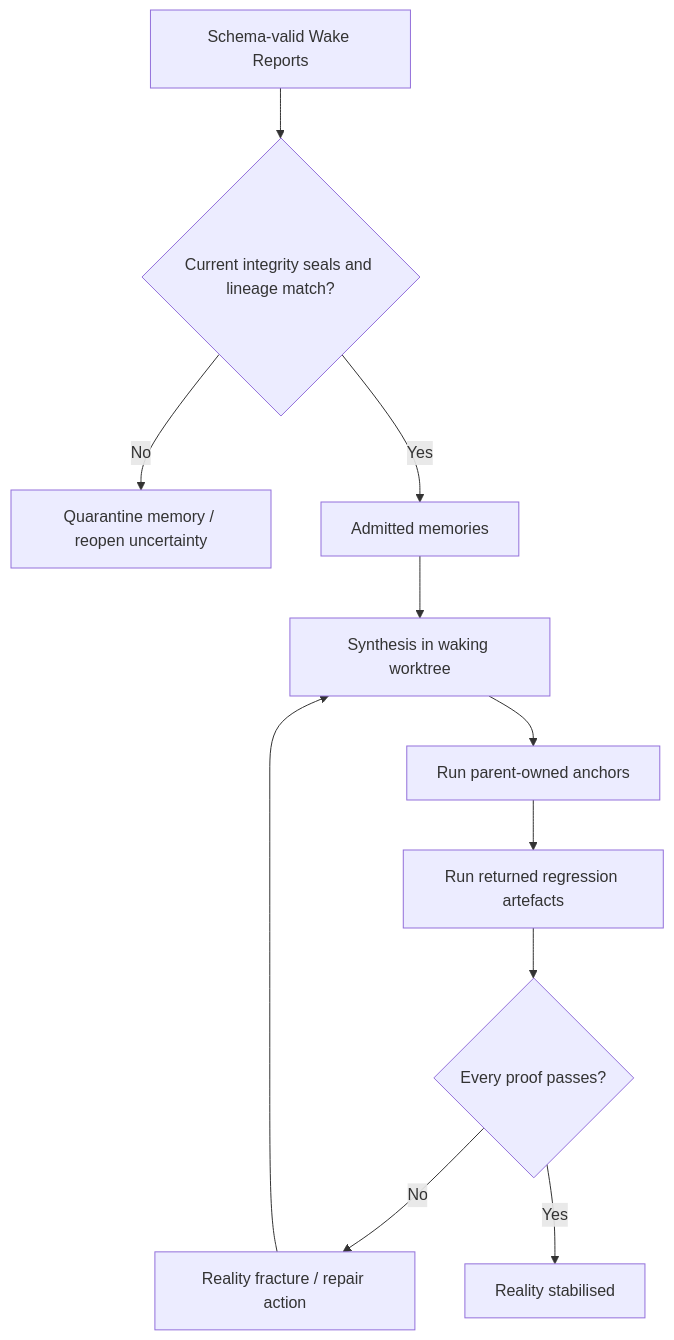
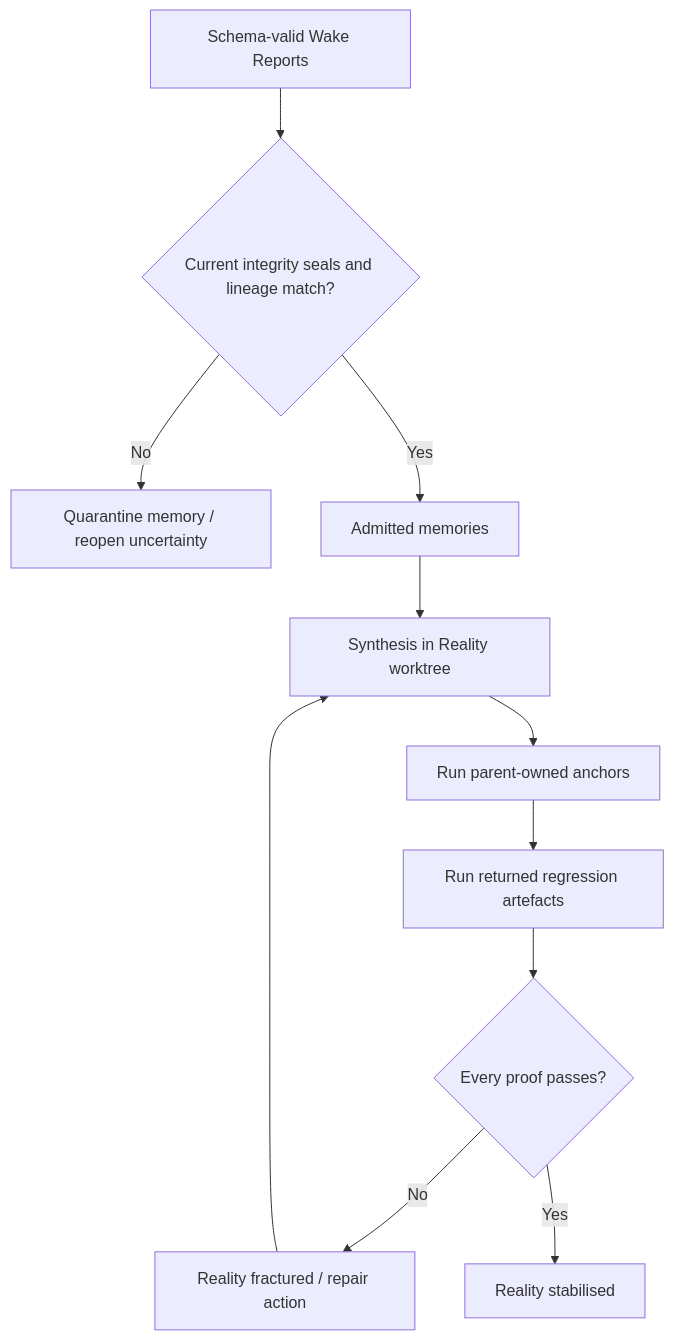
The sixth of 6 diagrams in docs/RUNTIME_FLOWS.md (alangunning/inception-reality-engine), drawn with Mermaid before and after one commit. The commit also changed other lines of this file and 67 other files, not shown here.

````diff
--- a/docs/RUNTIME_FLOWS.md
+++ b/docs/RUNTIME_FLOWS.md
@@ -211,13 +211,13 @@
 ```mermaid
 flowchart TD
   W[Schema-valid Wake Reports] --> T{Current integrity seals and lineage match?}
   T -->|No| X[Quarantine memory / reopen uncertainty]
   T -->|Yes| M[Admitted memories]
-  M --> S[Synthesis in waking worktree]
+  M --> S[Synthesis in Reality worktree]
   S --> A[Run parent-owned anchors]
   A --> R[Run returned regression artefacts]
   R --> P{Every proof passes?}
-  P -->|No| F[Reality fracture / repair action]
+  P -->|No| F[Reality fractured / repair action]
   F --> S
   P -->|Yes| Z[Reality stabilised]
 ```
````
